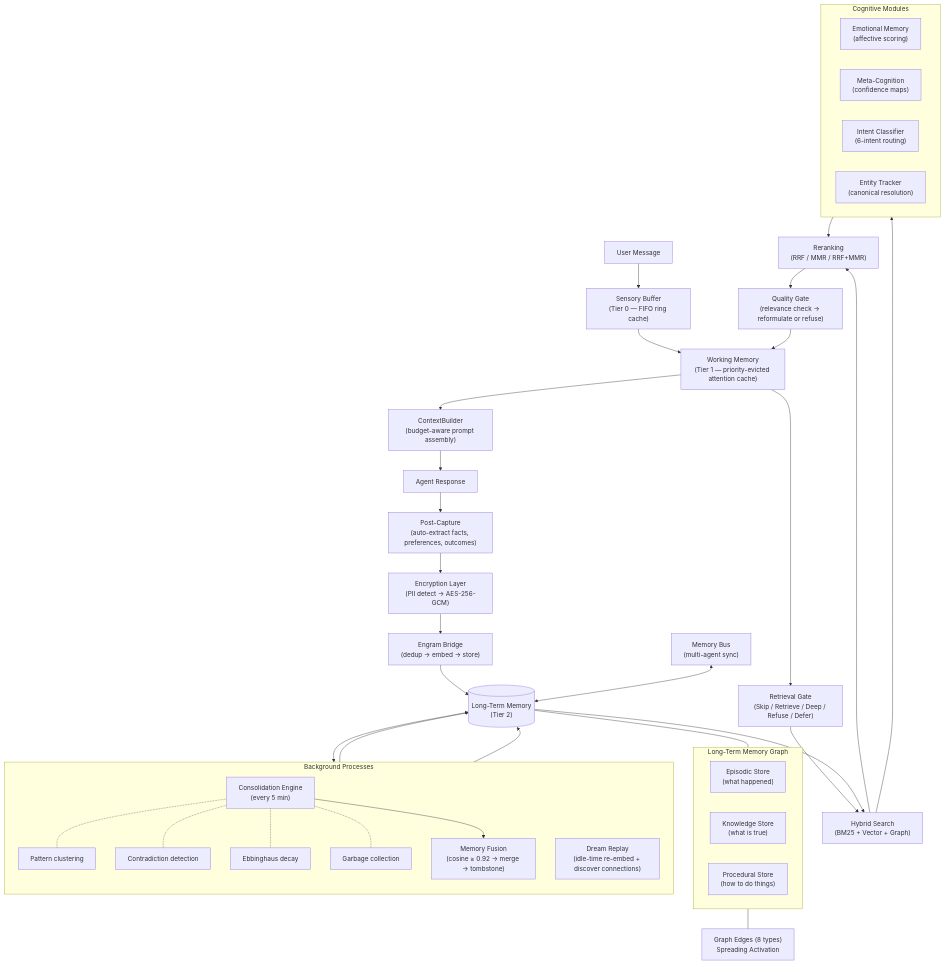
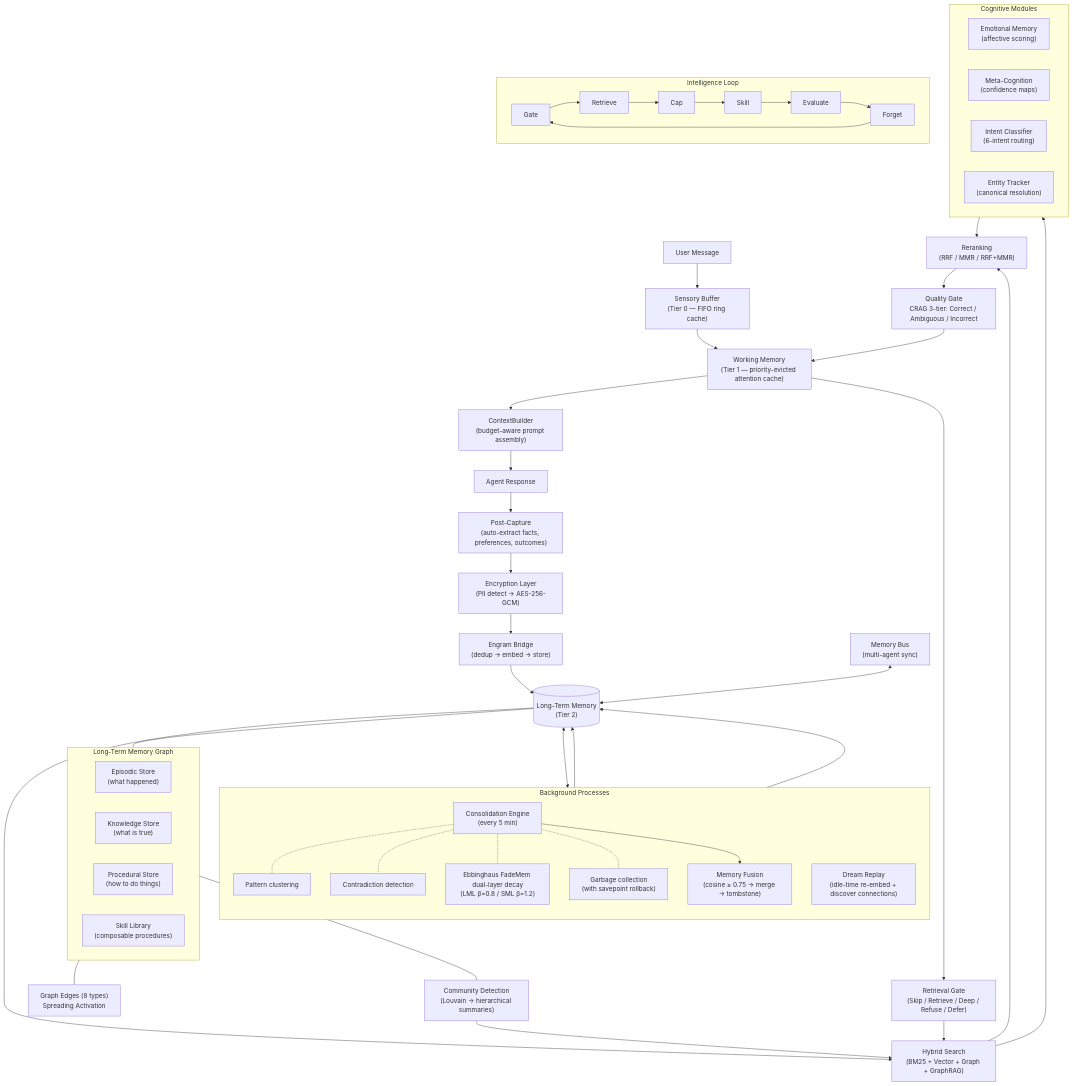
Before and after one commit to OpenPawz/openpawz: the first of 5 diagrams in ENGRAM.md, drawn with Mermaid. The commit also changed other lines of this file and 8 other files, not shown here.

````diff
--- a/ENGRAM.md
+++ b/ENGRAM.md
@@ -83,64 +94,77 @@
 ```mermaid
 flowchart TD
     A["User Message"] --> SB["Sensory Buffer\n(Tier 0 — FIFO ring cache)"]
     SB --> WM["Working Memory\n(Tier 1 — priority-evicted attention cache)"]
 
     WM --> CTX["ContextBuilder\n(budget-aware prompt assembly)"]
     CTX --> E["Agent Response"]
 
     E --> CAP["Post-Capture\n(auto-extract facts, preferences, outcomes)"]
     CAP --> ENC["Encryption Layer\n(PII detect → AES-256-GCM)"]
     ENC --> BR["Engram Bridge\n(dedup → embed → store)"]
     BR --> DB[("Long-Term Memory\n(Tier 2)")]
 
     subgraph LTM["Long-Term Memory Graph"]
         direction LR
         G["Episodic Store\n(what happened)"]
         H["Knowledge Store\n(what is true)"]
         I["Procedural Store\n(how to do things)"]
+        SK["Skill Library\n(composable procedures)"]
     end
 
     DB --- LTM
     LTM --- J["Graph Edges (8 types)\nSpreading Activation"]
+    LTM --- COMM["Community Detection\n(Louvain → hierarchical summaries)"]
 
     WM --> RG["Retrieval Gate\n(Skip / Retrieve / Deep / Refuse / Defer)"]
-    RG --> HS["Hybrid Search\n(BM25 + Vector + Graph)"]
+    RG --> HS["Hybrid Search\n(BM25 + Vector + Graph + GraphRAG)"]
     HS --> RR["Reranking\n(RRF / MMR / RRF+MMR)"]
-    RR --> QG["Quality Gate\n(relevance check → reformulate or refuse)"]
+    RR --> QG["Quality Gate\nCRAG 3-tier: Correct / Ambiguous / Incorrect"]
     QG --> WM
 
     DB --> HS
+    COMM --> HS
 
     subgraph Background["Background Processes"]
         direction TB
         K["Consolidation Engine\n(every 5 min)"]
         K1["Pattern clustering"]
         K2["Contradiction detection"]
-        K3["Ebbinghaus decay"]
-        K4["Garbage collection"]
-        FUS["Memory Fusion\n(cosine ≥ 0.92 → merge → tombstone)"]
+        K3["Ebbinghaus FadeMem dual-layer decay\n(LML β=0.8 / SML β=1.2)"]
+        K4["Garbage collection\n(with savepoint rollback)"]
+        FUS["Memory Fusion\n(cosine ≥ 0.75 → merge → tombstone)"]
         DR["Dream Replay\n(idle-time re-embed + discover connections)"]
     end
 
     DB <--> K
     K -.- K1
     K -.- K2
     K -.- K3
     K -.- K4
     K --> FUS
     FUS --> DB
     DR --> DB
 
     subgraph Cognition["Cognitive Modules"]
         direction LR
         EM["Emotional Memory\n(affective scoring)"]
         MC["Meta-Cognition\n(confidence maps)"]
         IC["Intent Classifier\n(6-intent routing)"]
         ET["Entity Tracker\n(canonical resolution)"]
     end
 
     HS --> Cognition
     Cognition --> RR
 
     MB["Memory Bus\n(multi-agent sync)"] <--> DB
+
+    subgraph Loop["Intelligence Loop"]
+        direction LR
+        L1["Gate"] --> L2["Retrieve"]
+        L2 --> L3["Cap"]
+        L3 --> L4["Skill"]
+        L4 --> L5["Evaluate"]
+        L5 --> L6["Forget"]
+        L6 --> L1
+    end
 ```
````
